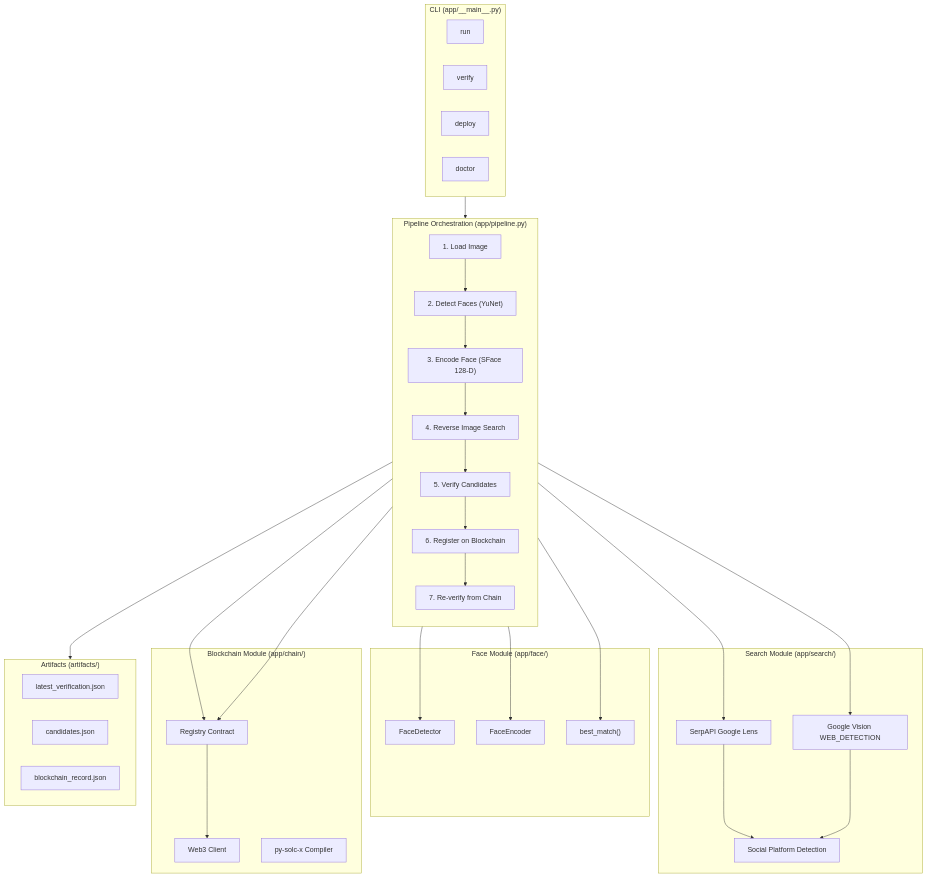
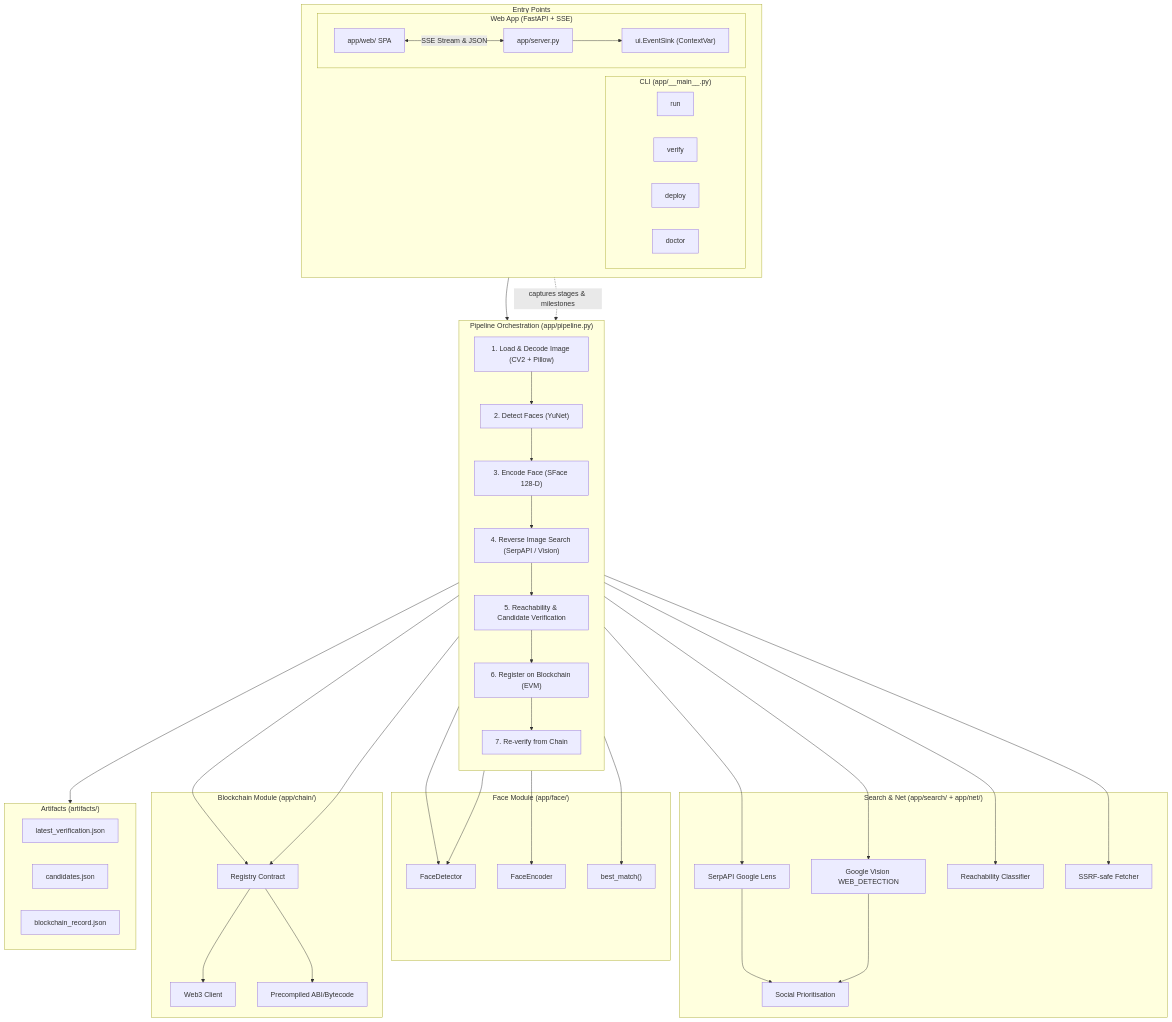
Before and after one commit to Harshy-cmd/HH_Goa-T3: the first of 3 diagrams in README.md, drawn with Mermaid. The commit also changed other lines of this file and 2 other files, not shown here.

Commit message:
feat: add Render deployment config and update README with web app docs

````diff
--- a/README.md
+++ b/README.md
@@ -97,57 +104,69 @@
 ```mermaid
 flowchart TB
-    subgraph CLI["CLI (app/__main__.py)"]
+    subgraph UI_ENTRY["Entry Points"]
         direction LR
-        CMD_RUN["run"]
-        CMD_VERIFY["verify"]
-        CMD_DEPLOY["deploy"]
-        CMD_DOCTOR["doctor"]
+        subgraph CLI["CLI (app/__main__.py)"]
+            CMD_RUN["run"]
+            CMD_VERIFY["verify"]
+            CMD_DEPLOY["deploy"]
+            CMD_DOCTOR["doctor"]
+        end
+        subgraph WEB["Web App (FastAPI + SSE)"]
+            SERVER["app/server.py"]
+            SPA["app/web/ SPA"]
+            SINK["ui.EventSink (ContextVar)"]
+            SPA <-->|SSE Stream & JSON| SERVER
+            SERVER --> SINK
+        end
     end
 
     subgraph Pipeline["Pipeline Orchestration (app/pipeline.py)"]
         direction TB
-        S1["1. Load Image"]
+        S1["1. Load & Decode Image (CV2 + Pillow)"]
         S2["2. Detect Faces (YuNet)"]
         S3["3. Encode Face (SFace 128-D)"]
-        S4["4. Reverse Image Search"]
-        S5["5. Verify Candidates"]
-        S6["6. Register on Blockchain"]
+        S4["4. Reverse Image Search (SerpAPI / Vision)"]
+        S5["5. Reachability & Candidate Verification"]
+        S6["6. Register on Blockchain (EVM)"]
         S7["7. Re-verify from Chain"]
         S1 --> S2 --> S3 --> S4 --> S5 --> S6 --> S7
     end
 
     subgraph Face["Face Module (app/face/)"]
         DET["FaceDetector"]
         ENC["FaceEncoder"]
         MAT["best_match()"]
     end
 
-    subgraph Search["Search Module (app/search/)"]
+    subgraph Search["Search & Net (app/search/ + app/net/)"]
         SERP["SerpAPI Google Lens"]
         GVIS["Google Vision WEB_DETECTION"]
-        SOC["Social Platform Detection"]
+        SOC["Social Prioritisation"]
+        REACH["Reachability Classifier"]
+        FETCH["SSRF-safe Fetcher"]
     end
 
     subgraph Chain["Blockchain Module (app/chain/)"]
         WEB3["Web3 Client"]
-        SOLC["py-solc-x Compiler"]
+        ARTIFACT["Precompiled ABI/Bytecode"]
         REG["Registry Contract"]
     end
 
     subgraph Artifacts["Artifacts (artifacts/)"]
         ART1["latest_verification.json"]
         ART2["candidates.json"]
         ART3["blockchain_record.json"]
     end
 
     CMD_RUN --> Pipeline
-    S2 --> DET
+    SINK -. captures stages & milestones .-> Pipeline
+    S1 & S2 --> DET
     S3 --> ENC
     S4 --> SERP & GVIS
     SERP & GVIS --> SOC
-    S5 --> MAT
+    S5 --> REACH & FETCH & MAT
     S6 --> REG
     S7 --> REG
-    REG --> WEB3
+    REG --> ARTIFACT & WEB3
     Pipeline --> Artifacts
 ```
````
